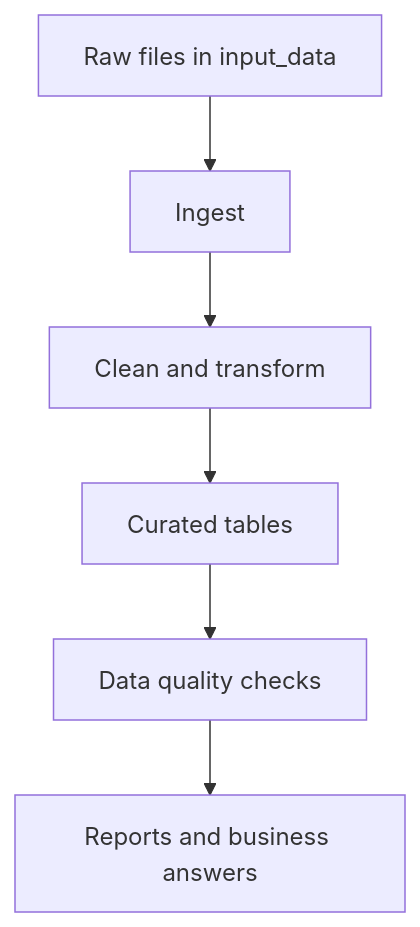
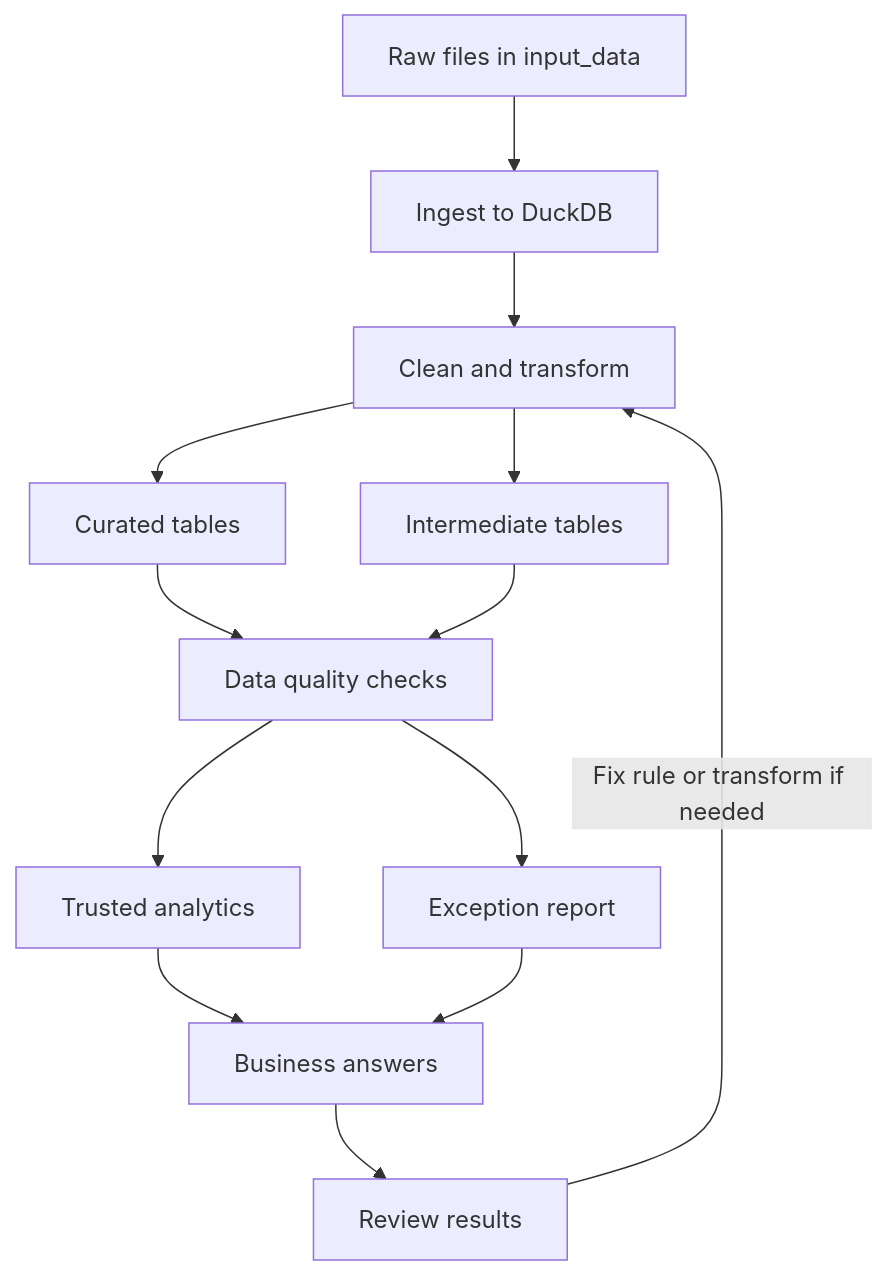
One commit to dahimbis/omni-retail-agentic-data-management changed the diagram in README.md. Above: the diagram before and after it, drawn with Mermaid. The commit also changed other lines of this file, not shown here.

Commit message:
Clarify pipeline flowchart with branches and review loop.

````diff
--- a/README.md
+++ b/README.md
@@ -39,8 +39,20 @@
 ```mermaid
 flowchart TD
-  A[Raw files in input_data] --> B[Ingest]
+  A[Raw files in input_data] --> B[Ingest to DuckDB]
   B --> C[Clean and transform]
+
   C --> D[Curated tables]
-  D --> E[Data quality checks]
-  E --> F[Reports and business answers]
+  C --> E[Intermediate tables]
+
+  D --> F[Data quality checks]
+  E --> F
+
+  F --> G[Trusted analytics]
+  F --> H[Exception report]
+
+  G --> I[Business answers]
+  H --> I
+
+  I --> J[Review results]
+  J -->|Fix rule or transform if needed| C
 ```
````
